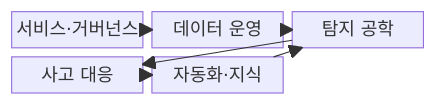
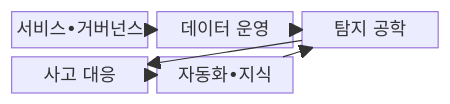
The first of 2 diagrams in src/content/docs/notes/05-security/034_security_operations_center.md (agnusdei1207/knowledge-base), drawn with Mermaid before and after one commit. The commit also changed other lines of this file and 953 other files, not shown here.

````diff
--- a/src/content/docs/notes/05-security/034_security_operations_center.md
+++ b/src/content/docs/notes/05-security/034_security_operations_center.md
@@ -66,14 +66,14 @@
 ```mermaid
 block
   columns 3
-  A["서비스·거버넌스"]
+  A["서비스•거버넌스"]
   B["데이터 운영"]
   C["탐지 공학"]
   D["사고 대응"]
-  E["자동화·지식"]
+  E["자동화•지식"]
     A --> B
     B --> C
     C --> D
     E --> C
     E --> D
 ```
````
